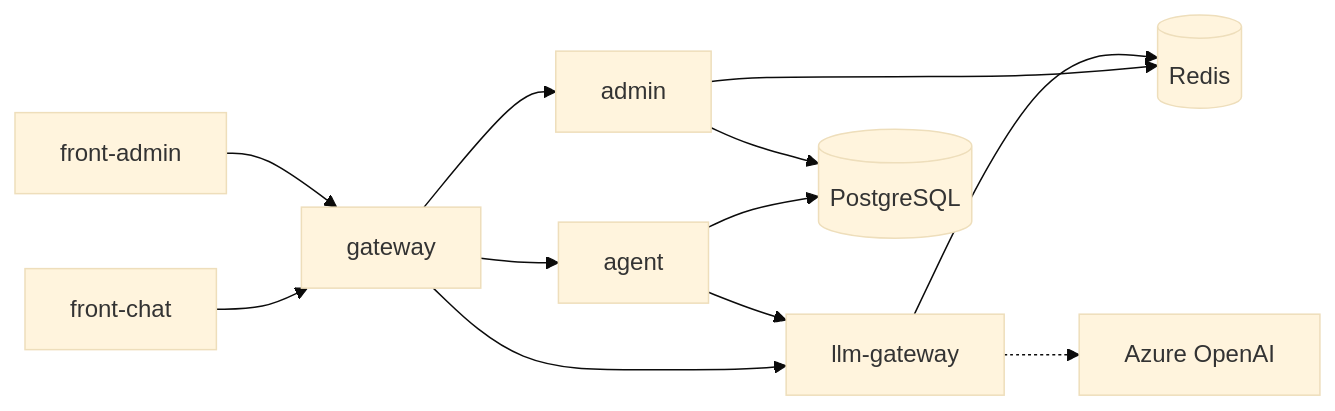
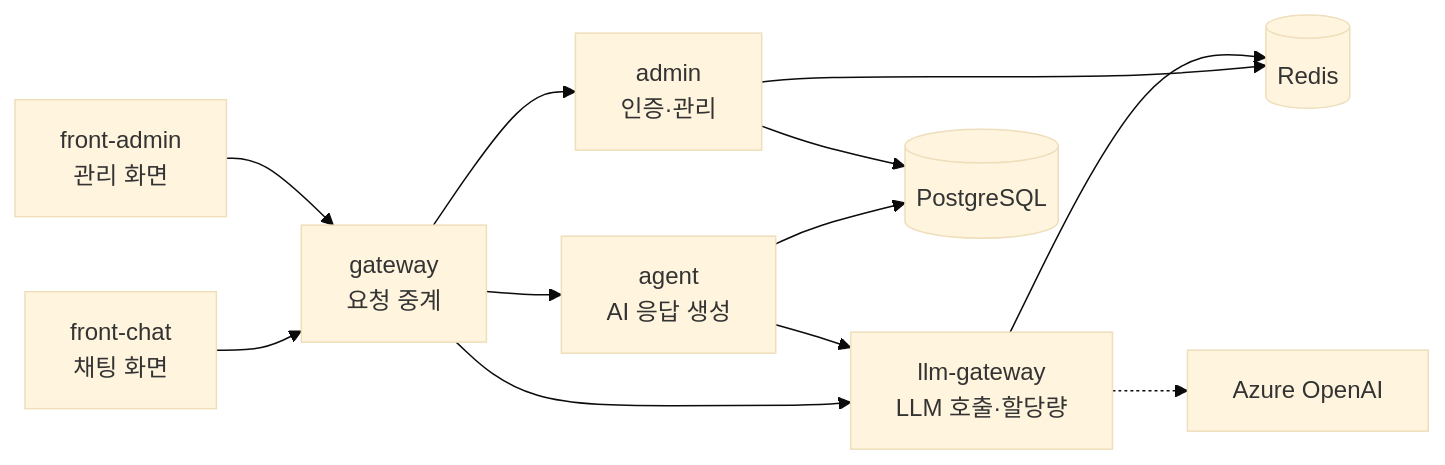
The first of 2 diagrams in docs/산출물/02-문제정의및서비스기획.md (skax-jihyeryu/KubeGuardian), drawn with Mermaid (base theme) before and after one commit. The commit also changed other lines of this file, not shown here.

````diff
--- a/docs/산출물/02-문제정의및서비스기획.md
+++ b/docs/산출물/02-문제정의및서비스기획.md
@@ -21,14 +22,14 @@
 ```mermaid
 flowchart LR
-    FC[front-chat] --> GW[gateway]
-    FA[front-admin] --> GW
-    GW --> AG[agent]
-    GW --> AD[admin]
-    GW --> LG[llm-gateway]
+    FC[front-chat<br/>채팅 화면] --> GW[gateway<br/>요청 중계]
+    FA[front-admin<br/>관리 화면] --> GW
+    GW --> AG[agent<br/>AI 응답 생성]
+    GW --> AD[admin<br/>인증·관리]
+    GW --> LG[llm-gateway<br/>LLM 호출·할당량]
     AG --> LG
     AG --> PG[(PostgreSQL)]
     AD --> PG
     AD --> RD[(Redis)]
     LG --> RD
     LG -.-> AOAI[Azure OpenAI]
 ```
````
